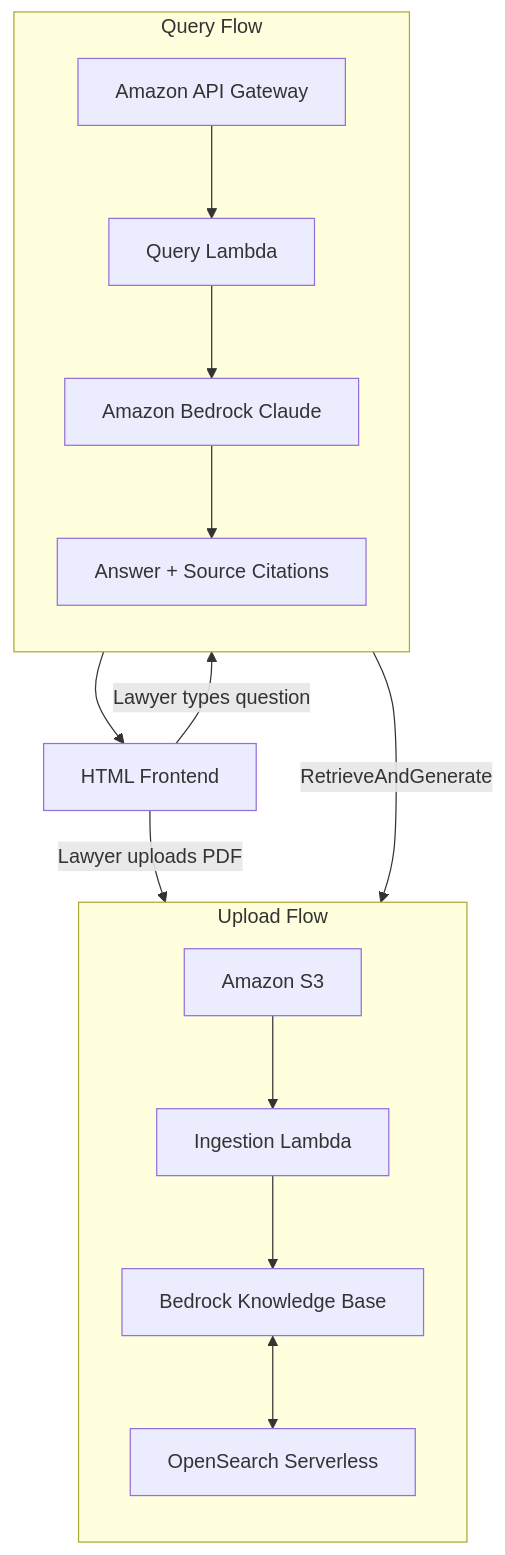
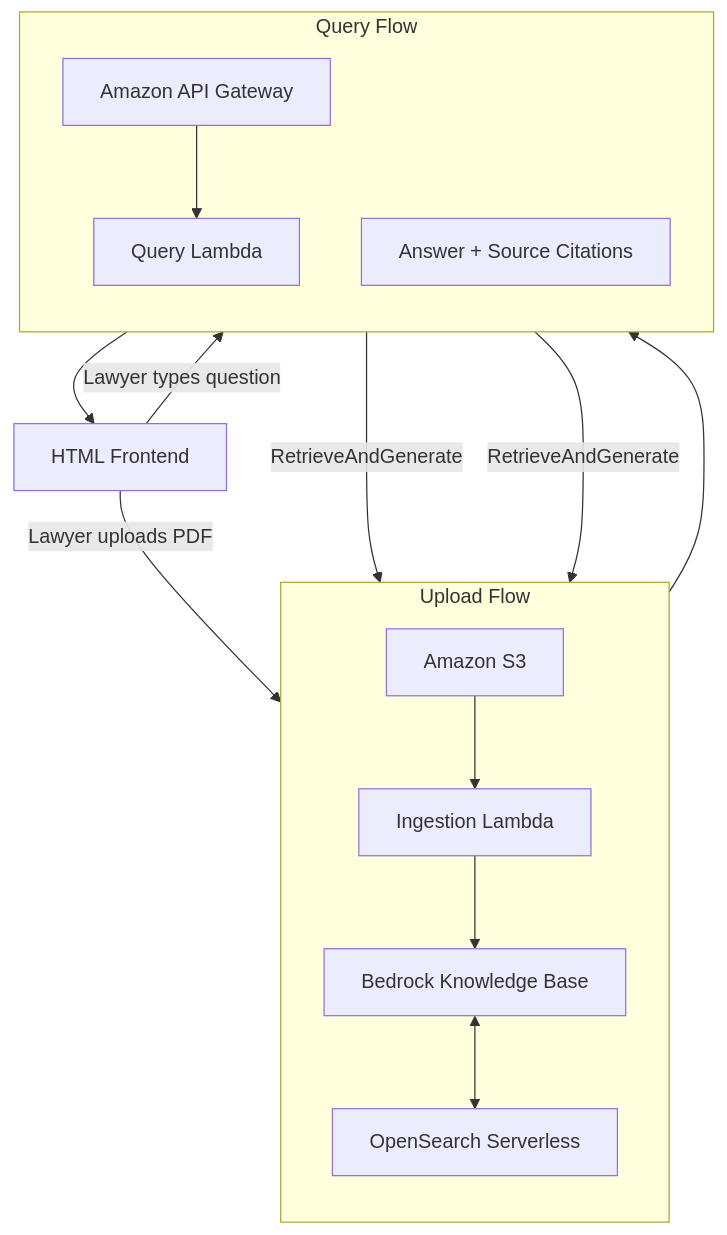
Before and after one commit to nathanielkay11-tech/aws-bedrock-rag-pipeline: the diagram in README.md, drawn with Mermaid.

Commit message:
docs: restructure architecture diagram with UI as entry point

````diff
--- a/README.md
+++ b/README.md
@@ -150,27 +150,26 @@
 ```mermaid
 graph TD
     UI[HTML Frontend]
 
     subgraph Upload Flow
         direction TD
         A1[Amazon S3]
         A2[Ingestion Lambda]
         A3[Bedrock Knowledge Base]
         A4[OpenSearch Serverless]
         A1 --> A2 --> A3 <--> A4
     end
 
     subgraph Query Flow
         direction TD
         B1[Amazon API Gateway]
         B2[Query Lambda]
-        B3[Amazon Bedrock Claude]
         B4[Answer + Source Citations]
-        B1 --> B2 --> B3 --> B4
+        B1 --> B2 -->|RetrieveAndGenerate| A3 --> B4
     end
 
     UI -->|Lawyer uploads PDF| A1
     UI -->|Lawyer types question| B1
     B2 -->|RetrieveAndGenerate| A3
     B4 --> UI
 ```
````
